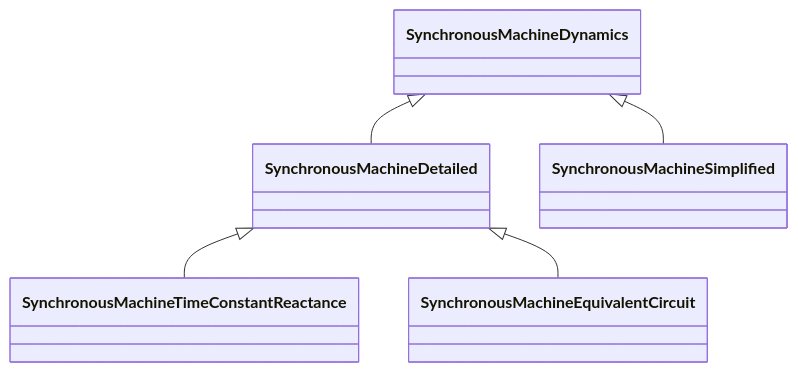
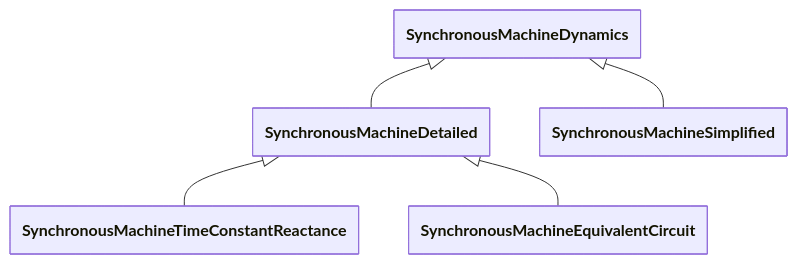
One commit to cim-cgmes/cim-cgmes.github.io changed the diagram in pages/docs/Profiles/Package_SynchronousMachineDynamics.md. Above: the diagram before and after it, drawn with Mermaid. The commit also changed 561 other files, not shown here.

````diff
--- a/pages/docs/Profiles/Package_SynchronousMachineDynamics.md
+++ b/pages/docs/Profiles/Package_SynchronousMachineDynamics.md
@@ -5,7 +5,12 @@
 ```mermaid
+---
+  config:
+    class:
+      hideEmptyMembersBox: true
+---
 classDiagram
     SynchronousMachineDynamics <|-- SynchronousMachineDetailed
     SynchronousMachineDetailed <|-- SynchronousMachineTimeConstantReactance
+    SynchronousMachineDetailed <|-- SynchronousMachineEquivalentCircuit
     SynchronousMachineDynamics <|-- SynchronousMachineSimplified
-    SynchronousMachineDetailed <|-- SynchronousMachineEquivalentCircuit
 ```
````
